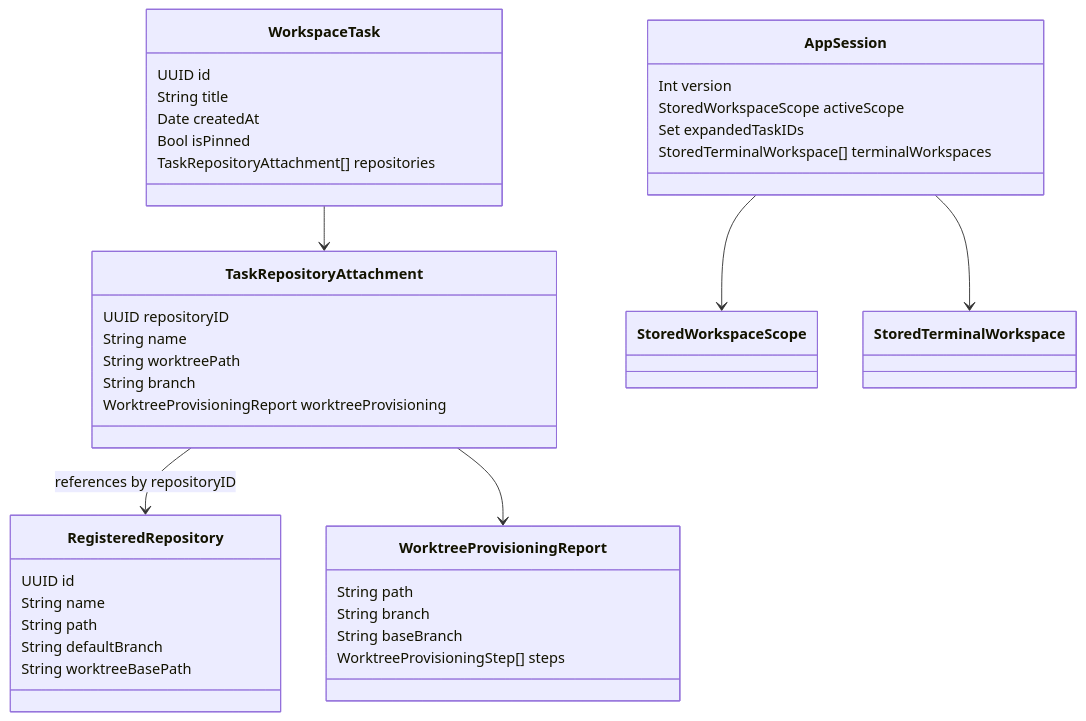
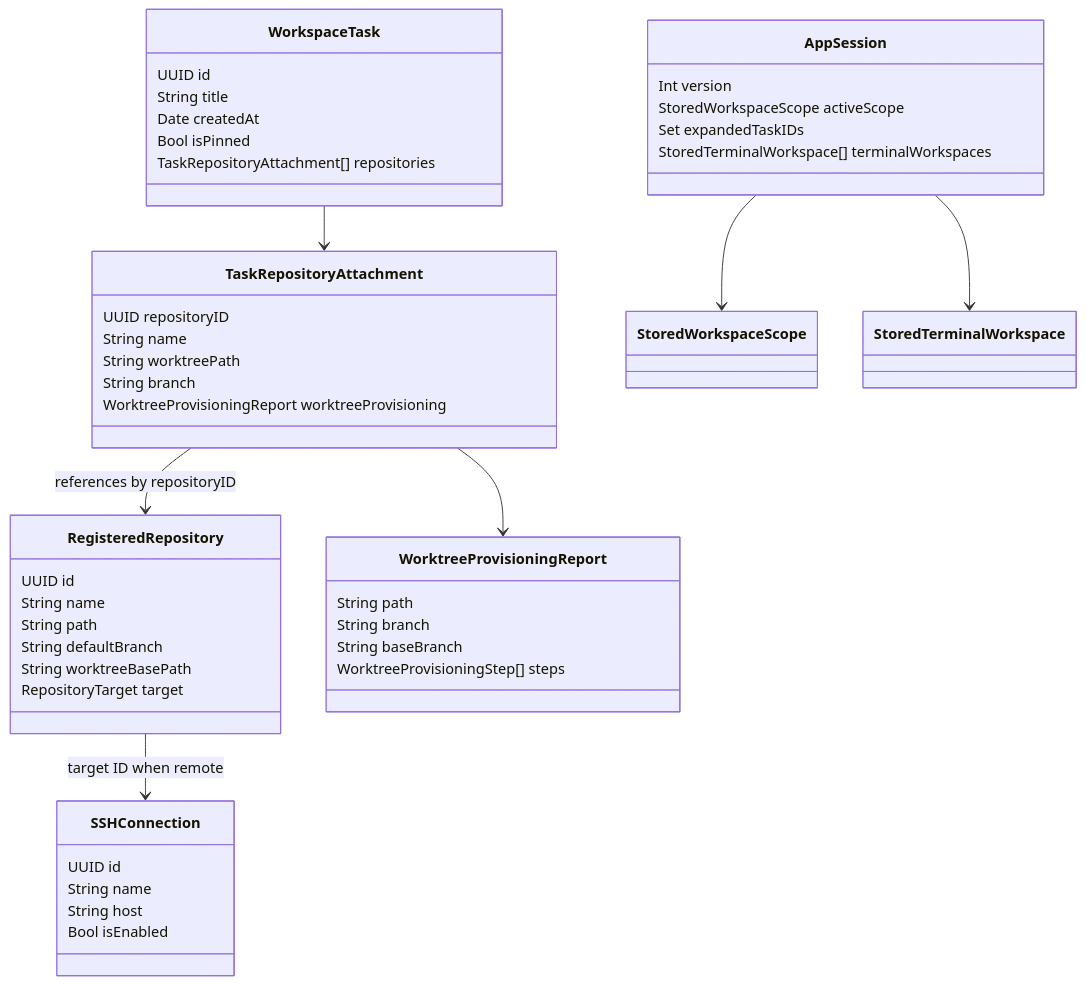
One commit to gh0stonio/pinata changed the second of 5 diagrams in docs/application-architecture.md. Above: the diagram before and after it, drawn with Mermaid. The commit also changed other lines of this file and 24 other files, not shown here.

````diff
--- a/docs/application-architecture.md
+++ b/docs/application-architecture.md
@@ -40,41 +42,49 @@
 ```mermaid
 classDiagram
     class WorkspaceTask {
         UUID id
         String title
         Date createdAt
         Bool isPinned
         TaskRepositoryAttachment[] repositories
     }
     class TaskRepositoryAttachment {
         UUID repositoryID
         String name
         String worktreePath
         String branch
         WorktreeProvisioningReport worktreeProvisioning
     }
     class RegisteredRepository {
         UUID id
         String name
         String path
         String defaultBranch
         String worktreeBasePath
+        RepositoryTarget target
+    }
+    class SSHConnection {
+        UUID id
+        String name
+        String host
+        Bool isEnabled
     }
     class WorktreeProvisioningReport {
         String path
         String branch
         String baseBranch
         WorktreeProvisioningStep[] steps
     }
     class AppSession {
         Int version
         StoredWorkspaceScope activeScope
         Set expandedTaskIDs
         StoredTerminalWorkspace[] terminalWorkspaces
     }
     WorkspaceTask --> TaskRepositoryAttachment
     TaskRepositoryAttachment --> RegisteredRepository : references by repositoryID
+    RegisteredRepository --> SSHConnection : target ID when remote
     TaskRepositoryAttachment --> WorktreeProvisioningReport
     AppSession --> StoredWorkspaceScope
     AppSession --> StoredTerminalWorkspace
 ```
````
